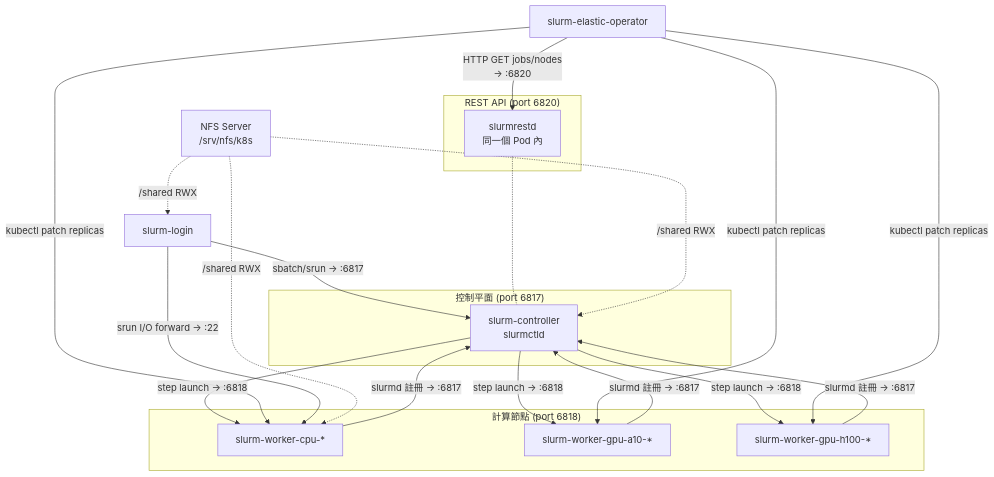
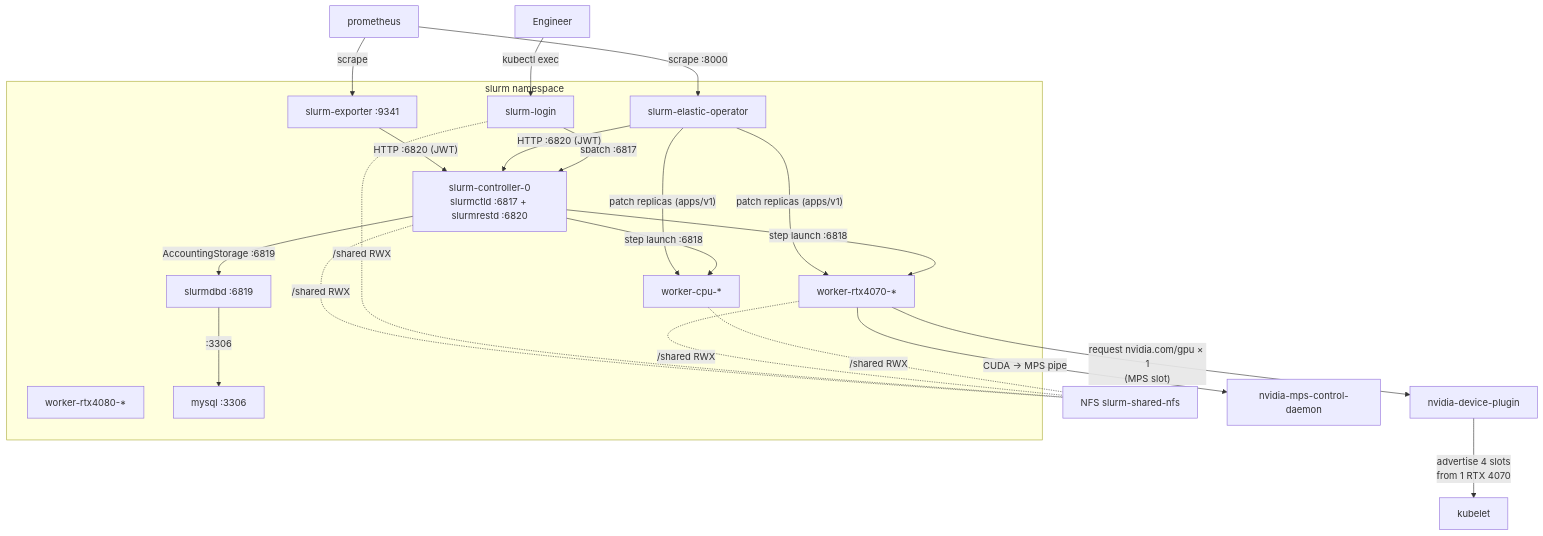
Before and after one commit to SoWiEee/Slurm-on-K8s-For-DDP: the fifth of 5 diagrams in docs/cluster.md, drawn with Mermaid. The commit also changed other lines of this file and 1 other file, not shown here.

Commit message:
Update architecture

````diff
--- a/docs/cluster.md
+++ b/docs/cluster.md
@@ -527,39 +590,39 @@
 ```mermaid
 flowchart TD
-    subgraph CONTROL["控制平面 (port 6817)"]
-        CTL[slurm-controller\nslurmctld]
-    end
-    subgraph REST["REST API (port 6820)"]
-        RESTD[slurmrestd\n同一個 Pod 內]
-    end
-    subgraph WORKERS["計算節點 (port 6818)"]
-        CPU[slurm-worker-cpu-*]
-        A10[slurm-worker-gpu-a10-*]
-        H100[slurm-worker-gpu-h100-*]
+    USER[Engineer] -- "kubectl exec" --> LOGIN
+
+    subgraph SLURM["slurm namespace"]
+      LOGIN[slurm-login]
+      CTL[slurm-controller-0\nslurmctld :6817 + slurmrestd :6820]
+      OP[slurm-elastic-operator]
+      EXP[slurm-exporter :9341]
+      CPU[worker-cpu-*]
+      R70[worker-rtx4070-*]
+      R80[worker-rtx4080-*]
+      DBD[slurmdbd :6819]
+      DB[mysql :3306]
     end
 
-    LOGIN[slurm-login]
-    OPER[slurm-elastic-operator]
+    LOGIN -- "sbatch :6817" --> CTL
+    CTL -- "step launch :6818" --> CPU
+    CTL -- "step launch :6818" --> R70
+    CTL -- "AccountingStorage :6819" --> DBD
+    DBD -- ":3306" --> DB
 
-    LOGIN -- "sbatch/srun → :6817" --> CTL
-    CPU -- "slurmd 註冊 → :6817" --> CTL
-    A10 -- "slurmd 註冊 → :6817" --> CTL
-    H100 -- "slurmd 註冊 → :6817" --> CTL
-    CTL -- "step launch → :6818" --> CPU
-    CTL -- "step launch → :6818" --> A10
-    CTL -- "step launch → :6818" --> H100
+    OP -- "HTTP :6820 (JWT)" --> CTL
+    OP -- "patch replicas (apps/v1)" --> CPU
+    OP -- "patch replicas (apps/v1)" --> R70
 
-    OPER -- "HTTP GET jobs/nodes\n→ :6820" --> RESTD
-    RESTD -..- CTL
+    EXP -- "HTTP :6820 (JWT)" --> CTL
+    PROM[prometheus] -- scrape --> EXP
+    PROM -- scrape :8000 --> OP
 
-    OPER -- "kubectl patch replicas" --> CPU
-    OPER -- "kubectl patch replicas" --> A10
-    OPER -- "kubectl patch replicas" --> H100
+    CPU -. "/shared RWX" .- NFS[NFS slurm-shared-nfs]
+    R70 -. "/shared RWX" .- NFS
+    LOGIN -. "/shared RWX" .- NFS
+    CTL -. "/shared RWX" .- NFS
 
-    LOGIN -- "srun I/O forward → :22" --> CPU
-
-    NFS[NFS Server\n/srv/nfs/k8s]
-    NFS -. "/shared RWX" .-> CTL
-    NFS -. "/shared RWX" .-> CPU
-    NFS -. "/shared RWX" .-> LOGIN
+    R70 -- "request nvidia.com/gpu × 1\n(MPS slot)" --> DP[nvidia-device-plugin]
+    DP -- "advertise 4 slots\nfrom 1 RTX 4070" --> KUBELET[kubelet]
+    R70 -- "CUDA → MPS pipe" --> MPSD[nvidia-mps-control-daemon]
 ```
````
